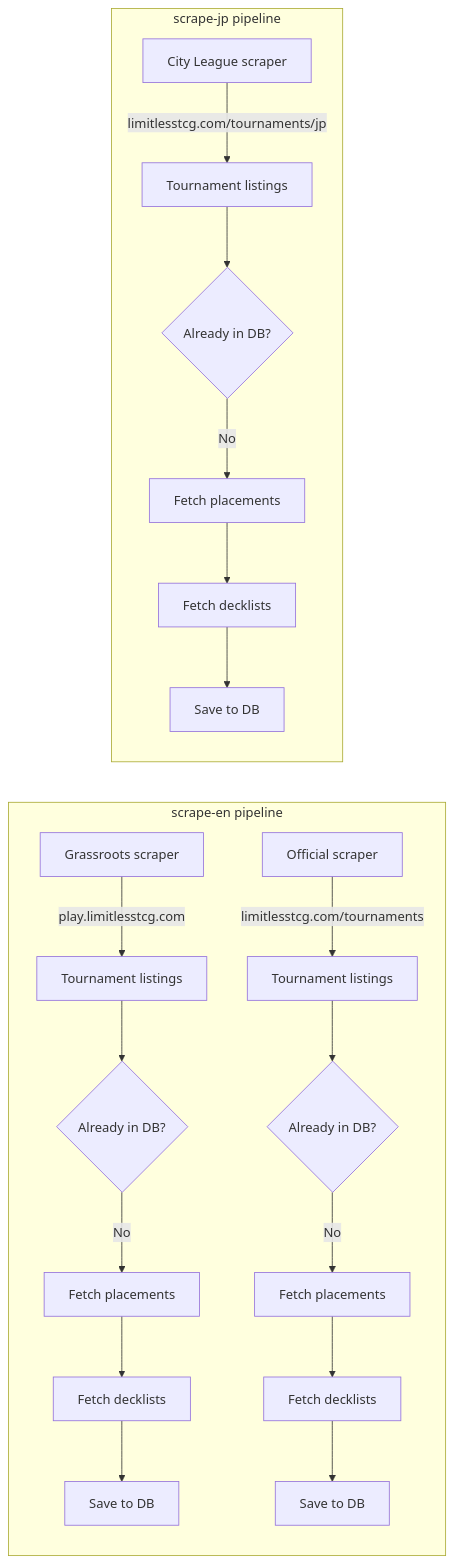
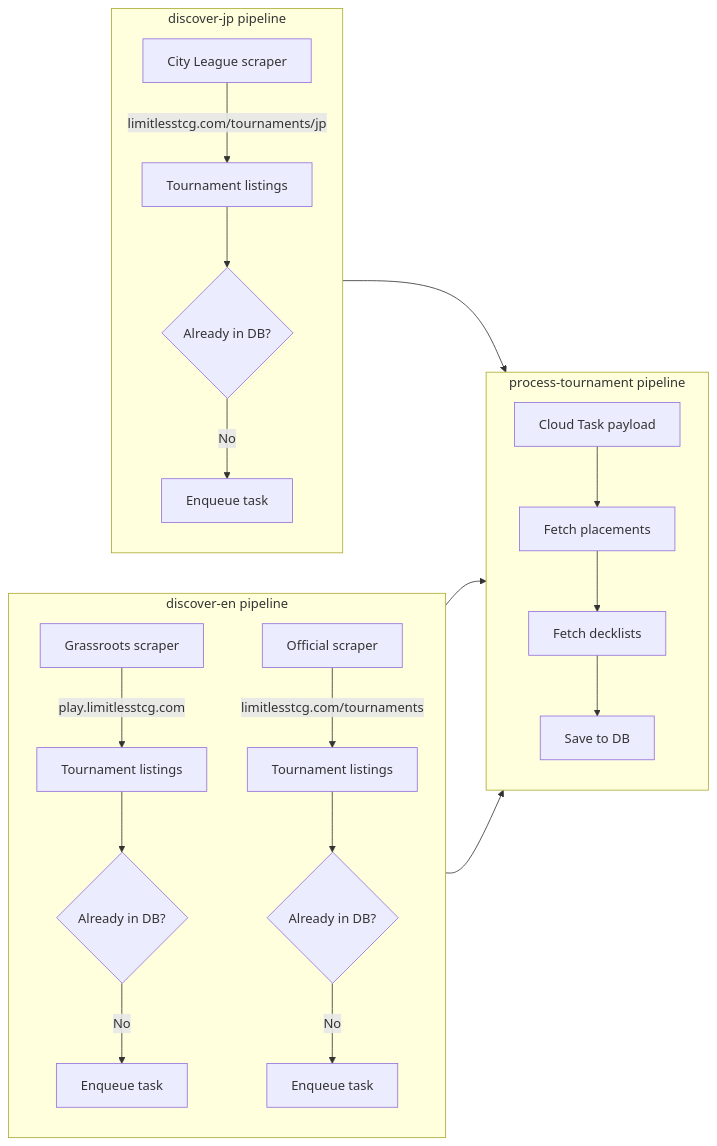
The second of 3 diagrams in docs/SCRAPER_ARCHITECTURE.md (dtsong/trainerlab), drawn with Mermaid before and after one commit. The commit also changed other lines of this file and 15 other files, not shown here.

````diff
--- a/docs/SCRAPER_ARCHITECTURE.md
+++ b/docs/SCRAPER_ARCHITECTURE.md
@@ -56,28 +69,34 @@
 ```mermaid
 flowchart LR
-    subgraph en["scrape-en pipeline"]
+    subgraph discover_en["discover-en pipeline"]
         direction TB
         EN_G[Grassroots scraper]
         EN_O[Official scraper]
         EN_G -->|play.limitlesstcg.com| listings1[Tournament listings]
         EN_O -->|limitlesstcg.com/tournaments| listings2[Tournament listings]
         listings1 --> dedup1{Already in DB?}
         listings2 --> dedup2{Already in DB?}
-        dedup1 -->|No| placements1[Fetch placements]
-        dedup2 -->|No| placements2[Fetch placements]
-        placements1 --> decks1[Fetch decklists]
-        placements2 --> decks2[Fetch decklists]
-        decks1 --> save1[Save to DB]
-        decks2 --> save2[Save to DB]
+        dedup1 -->|No| enqueue1[Enqueue task]
+        dedup2 -->|No| enqueue2[Enqueue task]
     end
 
-    subgraph jp["scrape-jp pipeline"]
+    subgraph discover_jp["discover-jp pipeline"]
         direction TB
         JP_CL[City League scraper]
         JP_CL -->|limitlesstcg.com/tournaments/jp| listings3[Tournament listings]
         listings3 --> dedup3{Already in DB?}
-        dedup3 -->|No| placements3[Fetch placements]
-        placements3 --> decks3[Fetch decklists]
-        decks3 --> save3[Save to DB]
+        dedup3 -->|No| enqueue3[Enqueue task]
     end
+
+    subgraph process["process-tournament pipeline"]
+        direction TB
+        task[Cloud Task payload]
+        task --> placements[Fetch placements]
+        placements --> decks[Fetch decklists]
+        decks --> save[Save to DB]
+    end
+
+    enqueue1 --> task
+    enqueue2 --> task
+    enqueue3 --> task
 ```
````
